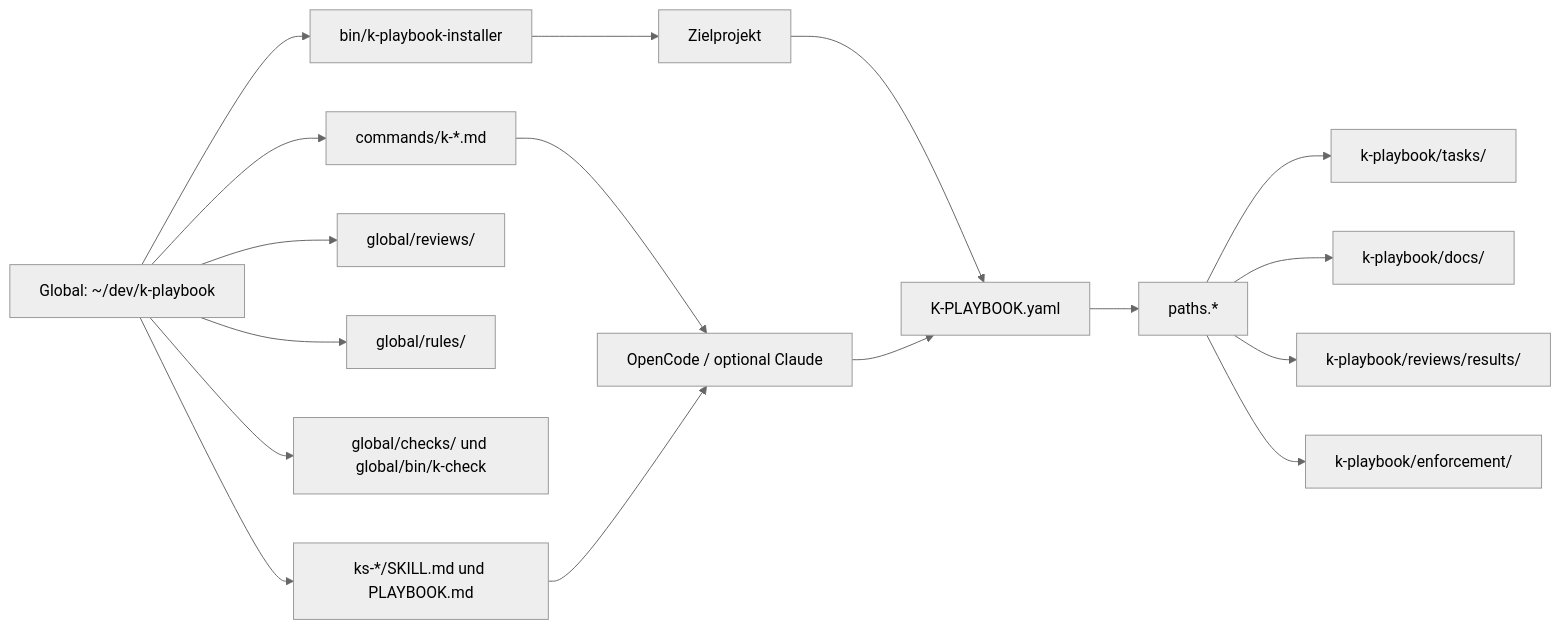
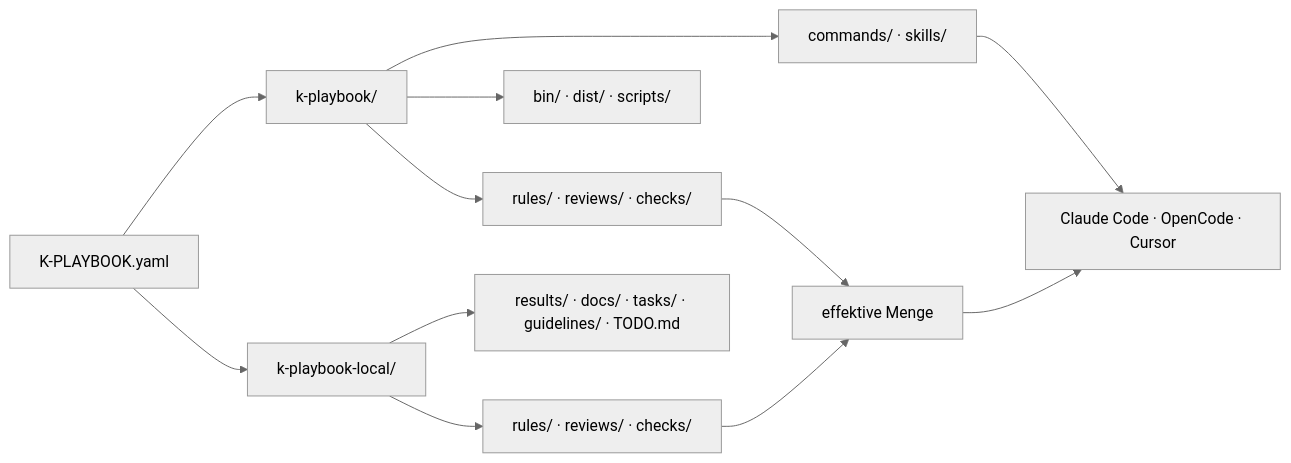
One commit to kascada/k-playbook changed the first of 3 diagrams in docs/handbuch.md. Above: the diagram before and after it, drawn with Mermaid (neutral theme). The commit also changed other lines of this file and 34 other files, not shown here.

````diff
--- a/docs/handbuch.md
+++ b/docs/handbuch.md
@@ -21,21 +41,18 @@
 ```mermaid
 flowchart LR
-    Global["Global: ~/dev/k-playbook"] --> Cmds["commands/k-*.md"]
-    Global --> Skills["ks-*/SKILL.md und PLAYBOOK.md"]
-    Global --> Reviews["global/reviews/"]
-    Global --> Rules["global/rules/"]
-    Global --> Checks["global/checks/ und global/bin/k-check"]
-    Global --> Installer["bin/k-playbook-installer"]
+    Anchor["K-PLAYBOOK.yaml"] --> Playbook["k-playbook/"]
+    Anchor --> Local["k-playbook-local/"]
 
-    Installer --> Project["Zielprojekt"]
-    Project --> Config["K-PLAYBOOK.yaml"]
-    Config --> Paths["paths.*"]
-    Paths --> Tasks["k-playbook/tasks/"]
-    Paths --> Docs["k-playbook/docs/"]
-    Paths --> Results["k-playbook/reviews/results/"]
-    Paths --> Enforcement["k-playbook/enforcement/"]
+    Playbook --> Cmds["commands/ · skills/"]
+    Playbook --> Base["rules/ · reviews/ · checks/"]
+    Playbook --> Tool["bin/ · dist/ · scripts/"]
 
-    Cmds --> Assistant["OpenCode / optional Claude"]
-    Skills --> Assistant
-    Assistant --> Config
+    Local --> Overlay["rules/ · reviews/ · checks/"]
+    Local --> Artifacts["results/ · docs/ · tasks/ · guidelines/ · TODO.md"]
+
+    Base --> Effective["effektive Menge"]
+    Overlay --> Effective
+
+    Cmds --> Assistant["Claude Code · OpenCode · Cursor"]
+    Effective --> Assistant
 ```
````
